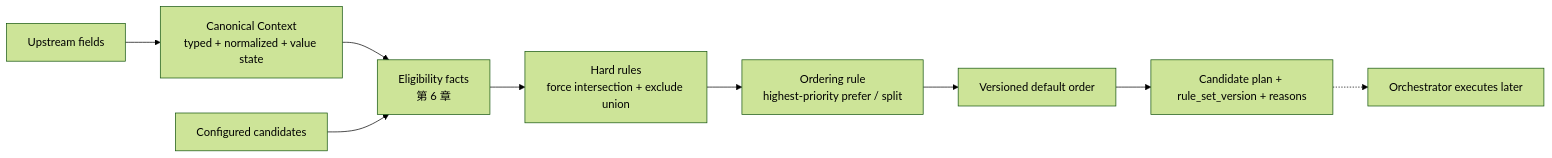
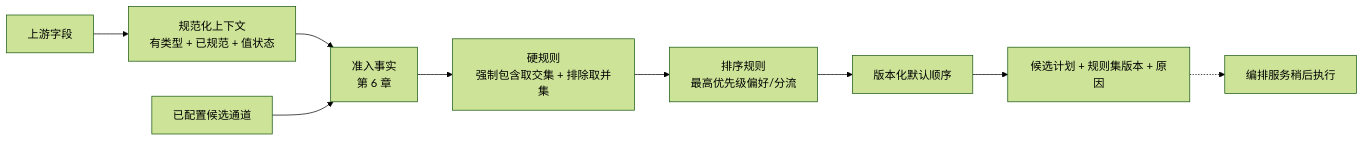
The second of 4 diagrams in part-2-routing-engine/rule-based-routing.md (YouEclipse/Designing-Modern-Payment-Systems), drawn with Mermaid (forest theme) before and after one commit. The commit also changed other lines of this file and 59 other files, not shown here.

````diff
--- a/part-2-routing-engine/rule-based-routing.md
+++ b/part-2-routing-engine/rule-based-routing.md
@@ -116,11 +116,11 @@
 ```mermaid
 flowchart LR
-    Raw["Upstream fields"] --> Canonical["Canonical Context<br/>typed + normalized + value state"]
-    Canonical --> Eligibility["Eligibility facts<br/>第 6 章"]
-    Catalog["Configured candidates"] --> Eligibility
-    Eligibility --> Hard["Hard rules<br/>force intersection + exclude union"]
-    Hard --> Prefer["Ordering rule<br/>highest-priority prefer / split"]
-    Prefer --> Default["Versioned default order"]
-    Default --> Decision["Candidate plan + rule_set_version + reasons"]
-    Decision -.-> Orchestrator["Orchestrator executes later"]
+    Raw["上游字段"] --> Canonical["规范化上下文<br/>有类型 + 已规范 + 值状态"]
+    Canonical --> Eligibility["准入事实<br/>第 6 章"]
+    Catalog["已配置候选通道"] --> Eligibility
+    Eligibility --> Hard["硬规则<br/>强制包含取交集 + 排除取并集"]
+    Hard --> Prefer["排序规则<br/>最高优先级偏好/分流"]
+    Prefer --> Default["版本化默认顺序"]
+    Default --> Decision["候选计划 + 规则集版本 + 原因"]
+    Decision -.-> Orchestrator["编排服务稍后执行"]
 ```
````
